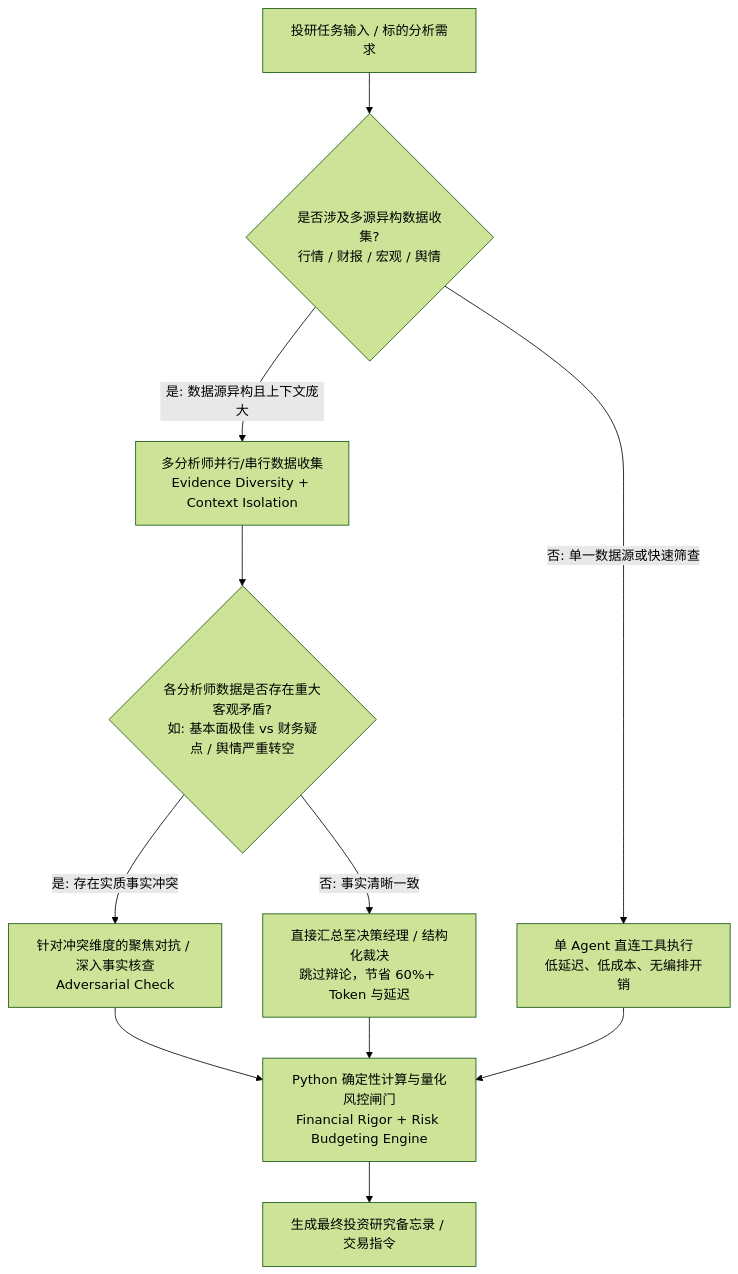
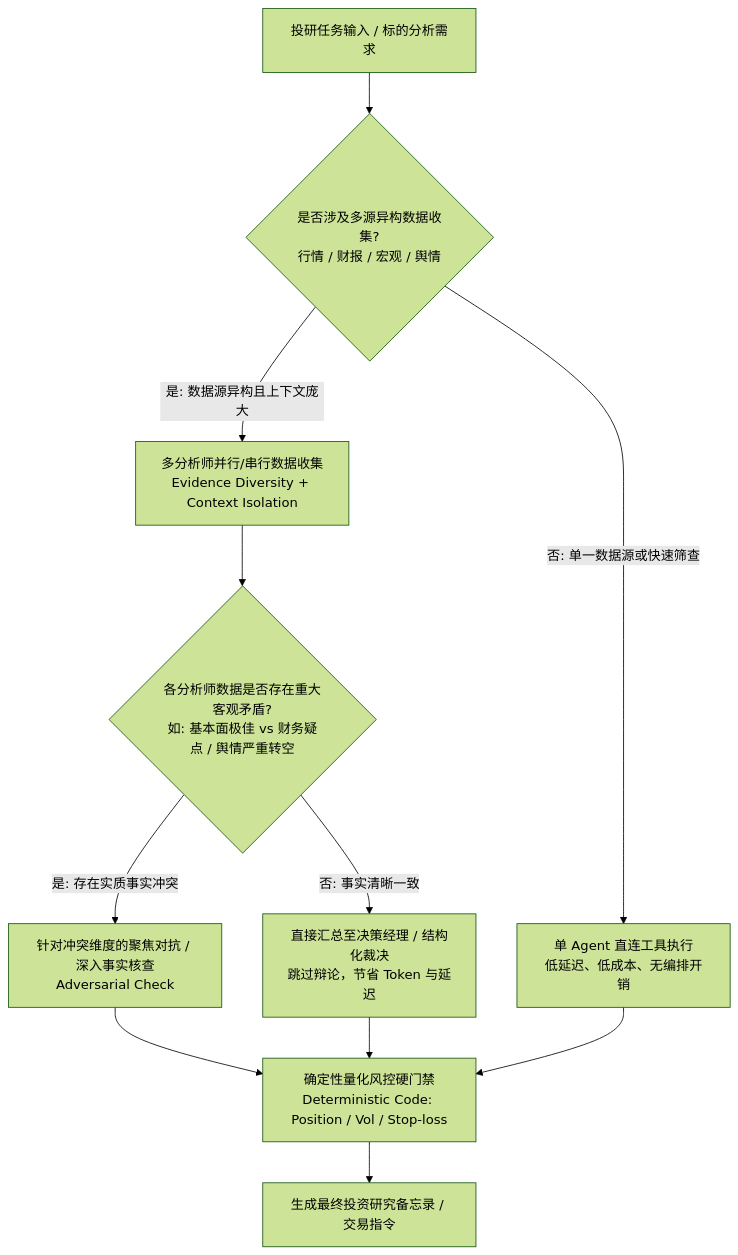
Before and after one commit to carllx/investment-lab: the second of 2 diagrams in docs/research/tradingagents-source-harvest.md, drawn with Mermaid (forest theme). The commit also changed other lines of this file, not shown here.

````diff
--- a/docs/research/tradingagents-source-harvest.md
+++ b/docs/research/tradingagents-source-harvest.md
@@ -447,15 +473,15 @@
 ```mermaid
 flowchart TD
     TaskStart[投研任务输入 / 标的分析需求] --> Q1{是否涉及多源异构数据收集?<br/>行情 / 财报 / 宏观 / 舆情}
     Q1 -- 否: 单一数据源或快速筛查 --> SingleAgent[单 Agent 直连工具执行<br/>低延迟、低成本、无编排开销]
     Q1 -- 是: 数据源异构且上下文庞大 --> MultiAnalyst[多分析师并行/串行数据收集<br/>Evidence Diversity + Context Isolation]
 
     MultiAnalyst --> Q2{各分析师数据是否存在重大客观矛盾?<br/>如: 基本面极佳 vs 财务疑点 / 舆情严重转空}
-    Q2 -- 否: 事实清晰一致 --> SynthesisPM[直接汇总至决策经理 / 结构化裁决<br/>跳过辩论，节省 60%+ Token 与延迟]
+    Q2 -- 否: 事实清晰一致 --> SynthesisPM[直接汇总至决策经理 / 结构化裁决<br/>跳过辩论，节省 Token 与延迟]
     Q2 -- 是: 存在实质事实冲突 --> TargetedDebate[针对冲突维度的聚焦对抗 / 深入事实核查<br/>Adversarial Check]
 
-    TargetedDebate --> PythonAudit[Python 确定性计算与量化风控闸门<br/>Financial Rigor + Risk Budgeting Engine]
-    SynthesisPM --> PythonAudit
-    SingleAgent --> PythonAudit
-    PythonAudit --> FinalReport[生成最终投资研究备忘录 / 交易指令]
+    TargetedDebate --> DeterministicRisk[确定性量化风控硬门禁<br/>Deterministic Code: Position / Vol / Stop-loss]
+    SynthesisPM --> DeterministicRisk
+    SingleAgent --> DeterministicRisk
+    DeterministicRisk --> FinalReport[生成最终投资研究备忘录 / 交易指令]
 ```
````
